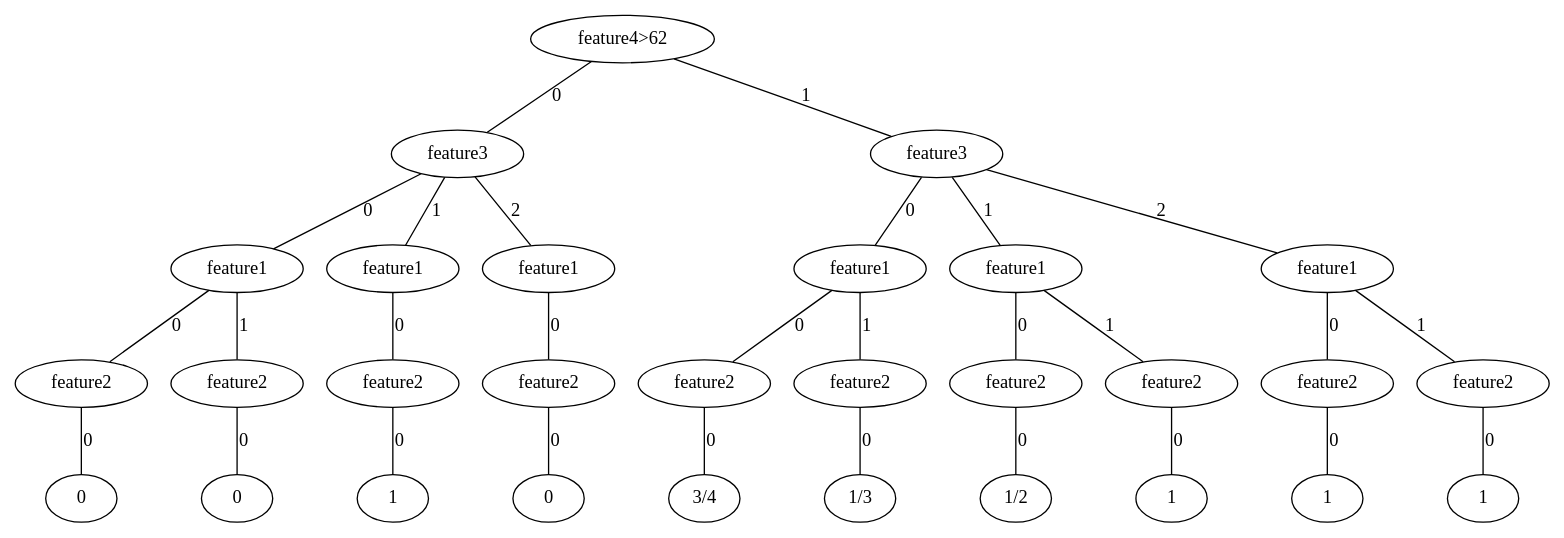
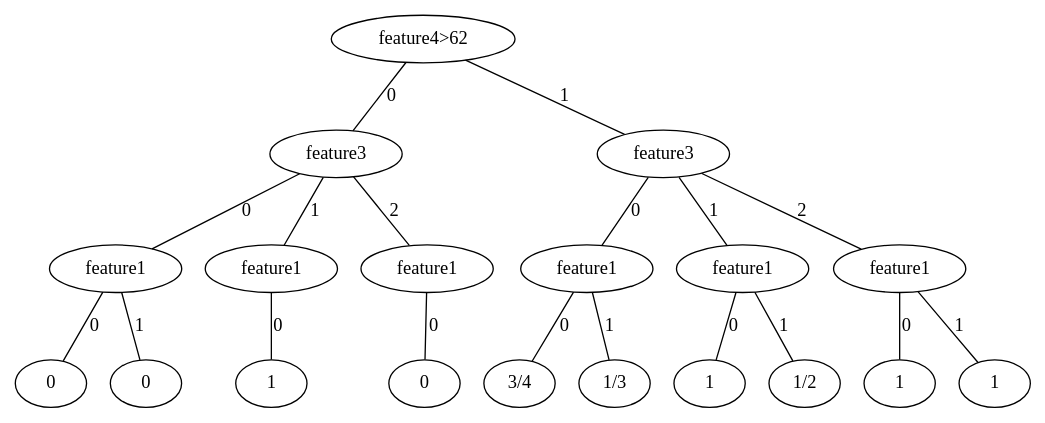
Before and after one commit to yash-s20/CS154-Assignment2-DecisionTree: the diagram in output/toy-decision-tree.dot, drawn with Graphviz. The commit also changed 2 other files, not shown here.

```diff
--- a/output/toy-decision-tree.dot
+++ b/output/toy-decision-tree.dot
@@ -1,88 +1,58 @@
 graph "decision-tree" {
 	r[label="feature4>62"];
 
-	r--rt0[label="0"];
-		rt0[label="feature3"];
+	r--r0[label="0"];
+		r0[label="feature3"];
 
-		rt0--rt0t0[label="0"];
-			rt0t0[label="feature1"];
+		r0--r00[label="0"];
+			r00[label="feature1"];
 
-			rt0t0--rt0t0t0[label="0"];
-				rt0t0t0[label="feature2"];
+			r00--r000[label="0"];
+				r000[label="0"];
 
-				rt0t0t0--rt0t0t0t0[label="0"];
-					rt0t0t0t0[label="0"];
+			r00--r001[label="1"];
+				r001[label="0"];
 
-			rt0t0--rt0t0t1[label="1"];
-				rt0t0t1[label="feature2"];
+		r0--r01[label="1"];
+			r01[label="feature1"];
 
-				rt0t0t1--rt0t0t1t0[label="0"];
-					rt0t0t1t0[label="0"];
+			r01--r010[label="0"];
+				r010[label="1"];
 
-		rt0--rt0t1[label="1"];
-			rt0t1[label="feature1"];
+		r0--r02[label="2"];
+			r02[label="feature1"];
 
-			rt0t1--rt0t1t0[label="0"];
-				rt0t1t0[label="feature2"];
+			r02--r020[label="0"];
+				r020[label="0"];
 
-				rt0t1t0--rt0t1t0t0[label="0"];
-					rt0t1t0t0[label="1"];
+	r--r1[label="1"];
+		r1[label="feature3"];
 
-		rt0--rt0t2[label="2"];
-			rt0t2[label="feature1"];
+		r1--r10[label="0"];
+			r10[label="feature1"];
 
-			rt0t2--rt0t2t0[label="0"];
-				rt0t2t0[label="feature2"];
+			r10--r100[label="0"];
+				r100[label="3/4"];
 
-				rt0t2t0--rt0t2t0t0[label="0"];
-					rt0t2t0t0[label="0"];
+			r10--r101[label="1"];
+				r101[label="1/3"];
 
-	r--rt1[label="1"];
-		rt1[label="feature3"];
+		r1--r11[label="1"];
+			r11[label="feature1"];
 
-		rt1--rt1t0[label="0"];
-			rt1t0[label="feature1"];
+			r11--r110[label="0"];
+				r110[label="1"];
 
-			rt1t0--rt1t0t0[label="0"];
-				rt1t0t0[label="feature2"];
+			r11--r111[label="1"];
+				r111[label="1/2"];
 
-				rt1t0t0--rt1t0t0t0[label="0"];
-					rt1t0t0t0[label="3/4"];
+		r1--r12[label="2"];
+			r12[label="feature1"];
 
-			rt1t0--rt1t0t1[label="1"];
-				rt1t0t1[label="feature2"];
+			r12--r120[label="0"];
+				r120[label="1"];
 
-				rt1t0t1--rt1t0t1t0[label="0"];
-					rt1t0t1t0[label="1/3"];
-
-		rt1--rt1t1[label="1"];
-			rt1t1[label="feature1"];
-
-			rt1t1--rt1t1t0[label="0"];
-				rt1t1t0[label="feature2"];
-
-				rt1t1t0--rt1t1t0t0[label="0"];
-					rt1t1t0t0[label="1/2"];
-
-			rt1t1--rt1t1t1[label="1"];
-				rt1t1t1[label="feature2"];
-
-				rt1t1t1--rt1t1t1t0[label="0"];
-					rt1t1t1t0[label="1"];
-
-		rt1--rt1t2[label="2"];
-			rt1t2[label="feature1"];
-
-			rt1t2--rt1t2t0[label="0"];
-				rt1t2t0[label="feature2"];
-
-				rt1t2t0--rt1t2t0t0[label="0"];
-					rt1t2t0t0[label="1"];
-
-			rt1t2--rt1t2t1[label="1"];
-				rt1t2t1[label="feature2"];
-
-				rt1t2t1--rt1t2t1t0[label="0"];
-					rt1t2t1t0[label="1"];
+			r12--r121[label="1"];
+				r121[label="1"];
 
 }
```
